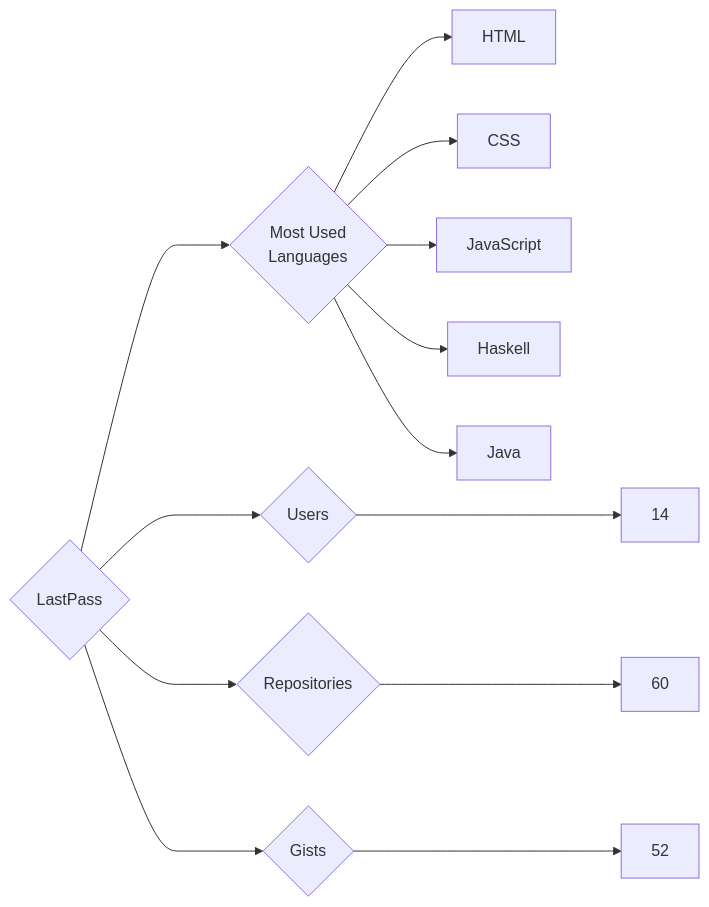
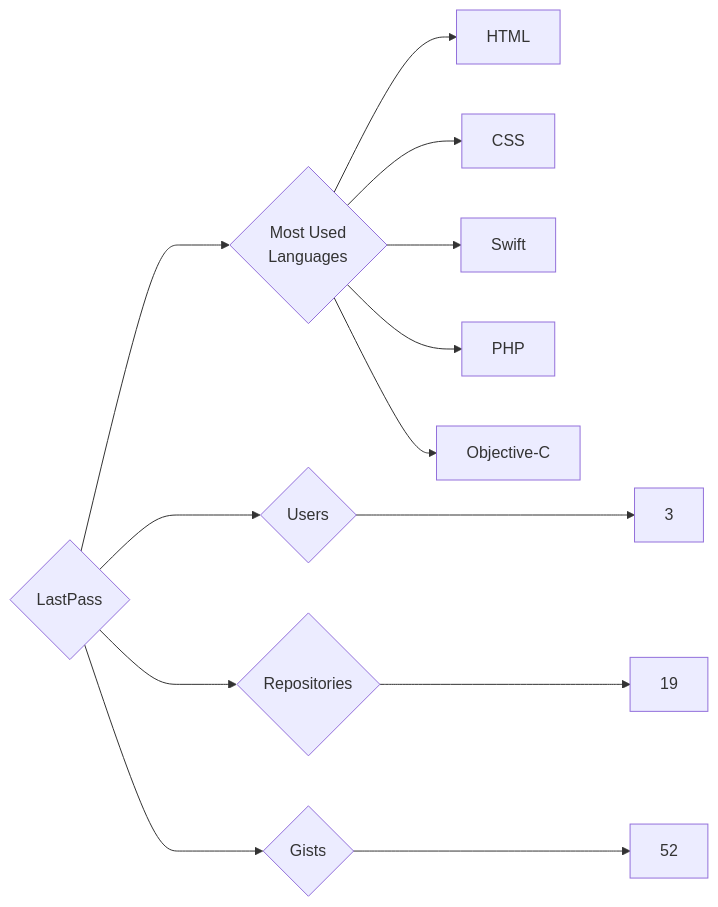
One commit to trickest/insiders changed the diagram in targets/LastPass/README.md. Above: the diagram before and after it, drawn with Mermaid. The commit also changed 899 other files, not shown here.

````diff
--- a/targets/LastPass/README.md
+++ b/targets/LastPass/README.md
@@ -3,13 +3,13 @@
 ```mermaid
 graph LR
 COMPANY_NAME{LastPass}
-COMPANY_NAME ---> U{Users} ---> UN[14]
-COMPANY_NAME ---> R{Repositories} ---> RN[60]
+COMPANY_NAME ---> U{Users} ---> UN[3]
+COMPANY_NAME ---> R{Repositories} ---> RN[19]
 COMPANY_NAME ---> G{Gists} ---> GN[52]
 COMPANY_NAME ---> ML{Most Used<br>Languages}
 ML --> HTML[HTML]
 ML --> CSS[CSS]
-ML --> JavaScript[JavaScript]
-ML --> Haskell[Haskell]
-ML --> Java[Java]
+ML --> Swift[Swift]
+ML --> PHP[PHP]
+ML --> Objective-C[Objective-C]
 ```
````
